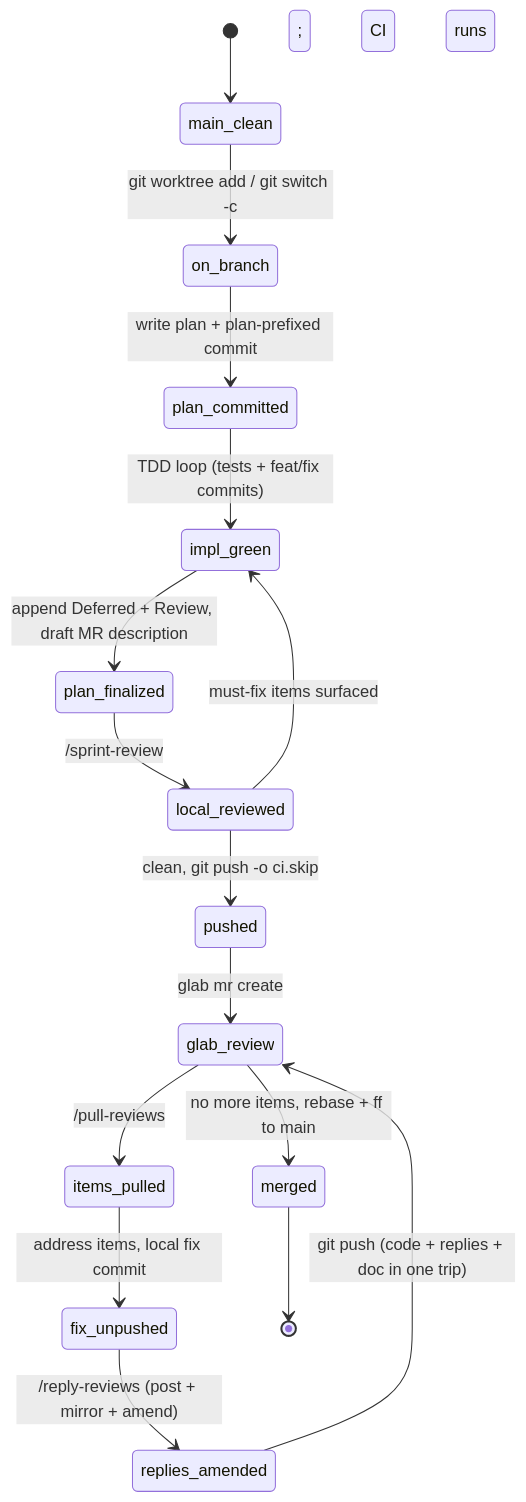
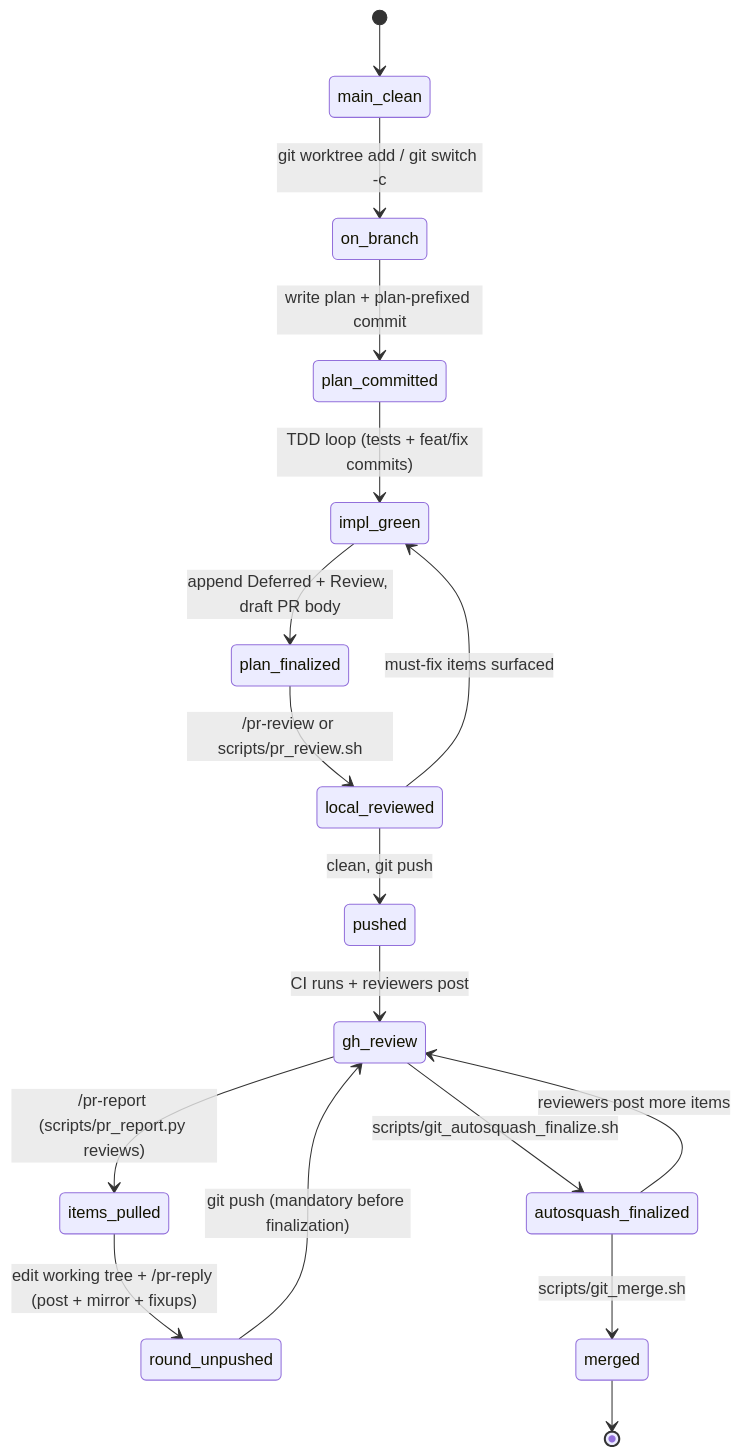
The first of 2 diagrams in doc/workflow.md (cmk/connections), drawn with Mermaid before and after one commit. The commit also changed other lines of this file and 52 other files, not shown here.

````diff
--- a/doc/workflow.md
+++ b/doc/workflow.md
@@ -18,18 +18,19 @@
 ```mermaid
 stateDiagram-v2
     [*] --> main_clean
     main_clean --> on_branch: git worktree add / git switch -c
     on_branch --> plan_committed: write plan + plan-prefixed commit
     plan_committed --> impl_green: TDD loop (tests + feat/fix commits)
-    impl_green --> plan_finalized: append Deferred + Review, draft MR description
-    plan_finalized --> local_reviewed: /sprint-review
+    impl_green --> plan_finalized: append Deferred + Review, draft PR body
+    plan_finalized --> local_reviewed: /pr-review or scripts/pr_review.sh
     local_reviewed --> impl_green: must-fix items surfaced
-    local_reviewed --> pushed: clean, git push -o ci.skip
-    pushed --> glab_review: glab mr create; CI runs
-    glab_review --> items_pulled: /pull-reviews
-    items_pulled --> fix_unpushed: address items, local fix commit
-    fix_unpushed --> replies_amended: /reply-reviews (post + mirror + amend)
-    replies_amended --> glab_review: git push (code + replies + doc in one trip)
-    glab_review --> merged: no more items, rebase + ff to main
+    local_reviewed --> pushed: clean, git push
+    pushed --> gh_review: CI runs + reviewers post
+    gh_review --> items_pulled: /pr-report (scripts/pr_report.py reviews)
+    items_pulled --> round_unpushed: edit working tree + /pr-reply (post + mirror + fixups)
+    round_unpushed --> gh_review: git push (mandatory before finalization)
+    gh_review --> autosquash_finalized: scripts/git_autosquash_finalize.sh
+    autosquash_finalized --> gh_review: reviewers post more items
+    autosquash_finalized --> merged: scripts/git_merge.sh
     merged --> [*]
 ```
````
